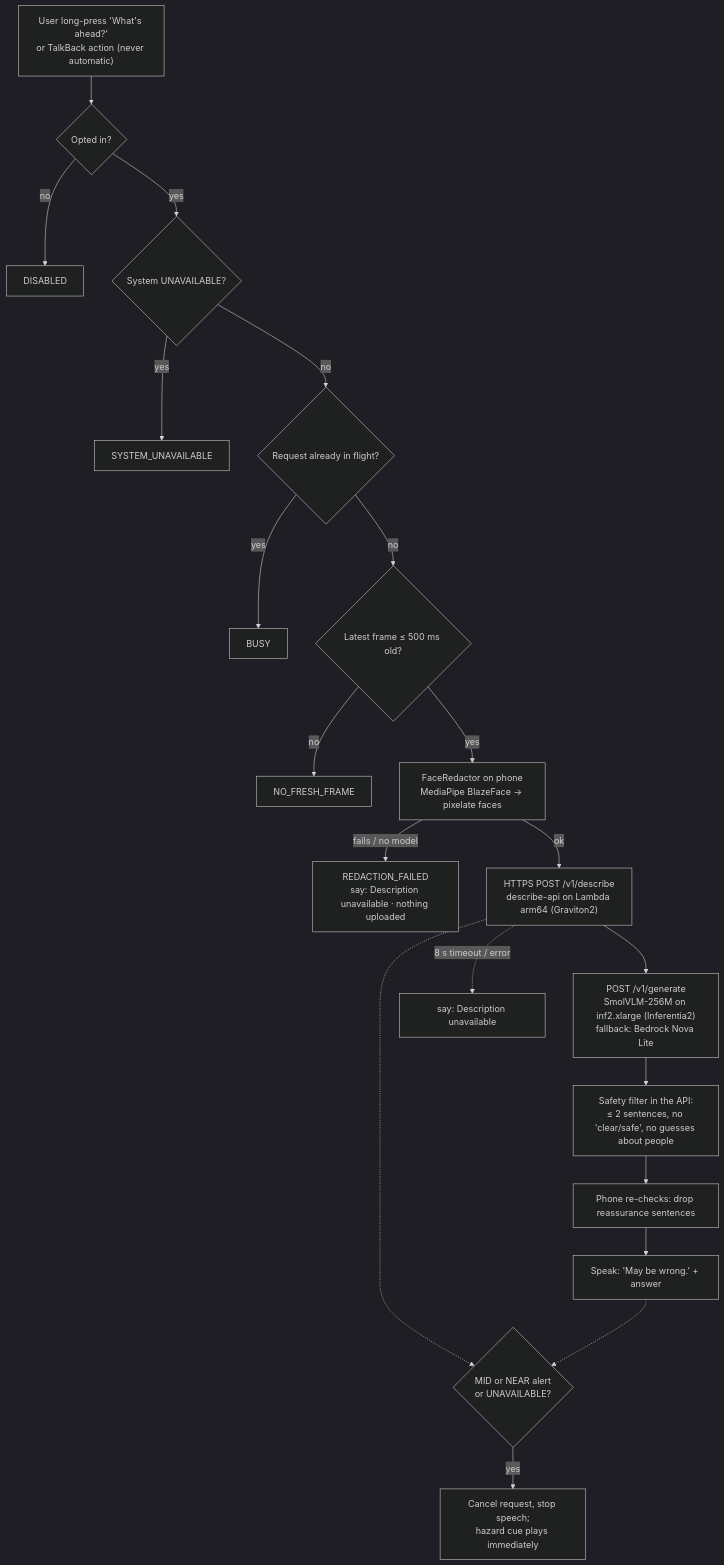
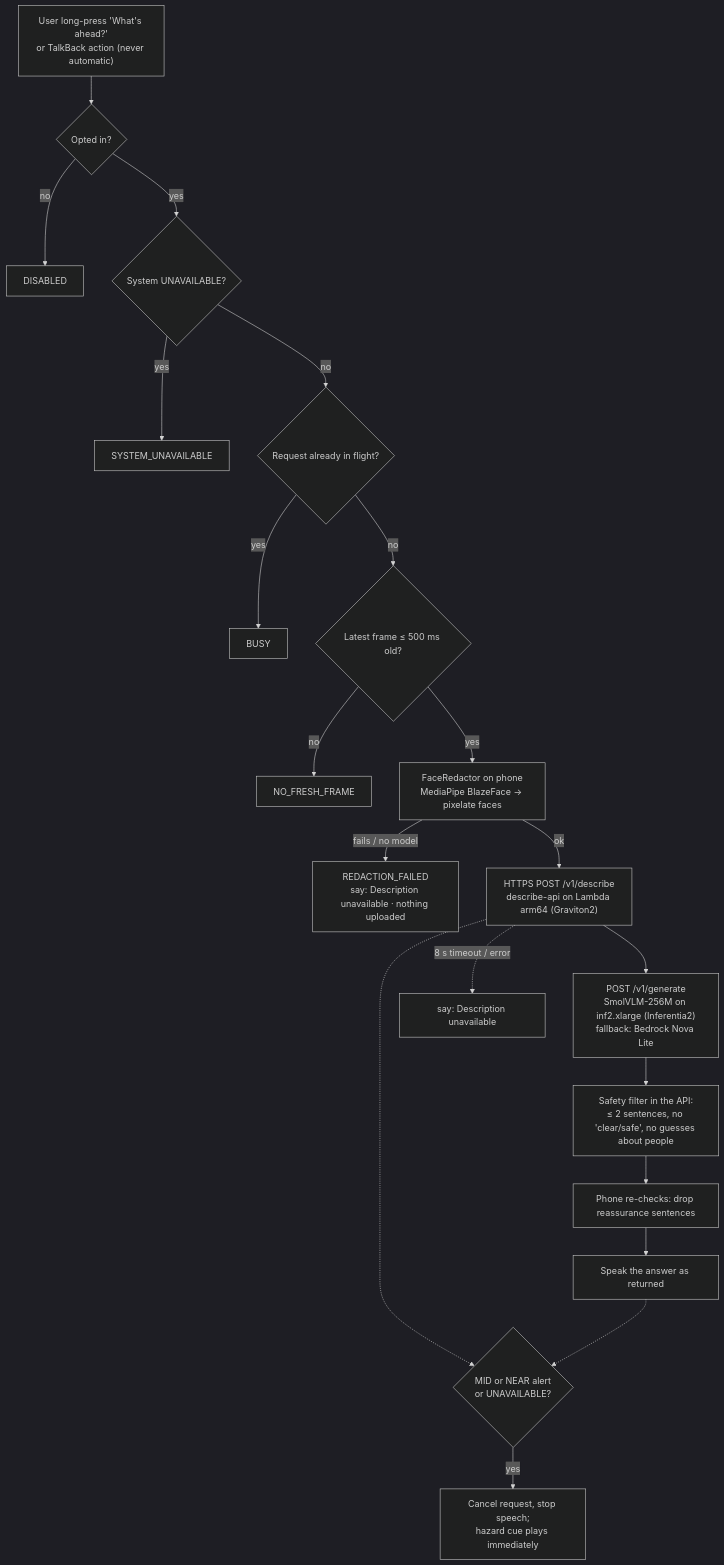
One commit to nunera/Determine changed the eighth of 9 diagrams in docs/flows/software.md. Above: the diagram before and after it, drawn with Mermaid (dark theme). The commit also changed 24 other files, not shown here.

First line of the commit message:
Speak Read text and Describe answers as returned, without the 'may be wrong' prefix

````diff
--- a/docs/flows/software.md
+++ b/docs/flows/software.md
@@ -210,22 +210,22 @@
 ```mermaid
 flowchart TD
   ASK["User long-press 'What's ahead?'<br/>or TalkBack action (never automatic)"] --> EN{"Opted in?"}
   EN -- no --> R1["DISABLED"]
   EN -- yes --> UN{"System UNAVAILABLE?"}
   UN -- yes --> R2["SYSTEM_UNAVAILABLE"]
   UN -- no --> BZ{"Request already in flight?"}
   BZ -- yes --> R3["BUSY"]
   BZ -- no --> FR{"Latest frame ≤ 500 ms old?"}
   FR -- no --> R4["NO_FRESH_FRAME"]
   FR -- yes --> RED["FaceRedactor on phone<br/>MediaPipe BlazeFace → pixelate faces"]
   RED -- "fails / no model" --> R5["REDACTION_FAILED<br/>say: Description unavailable · nothing uploaded"]
   RED -- ok --> UP["HTTPS POST /v1/describe<br/>describe-api on Lambda arm64 (Graviton2)"]
   UP --> INF["POST /v1/generate<br/>SmolVLM-256M on inf2.xlarge (Inferentia2)<br/>fallback: Bedrock Nova Lite"]
   INF --> FIL["Safety filter in the API:<br/>≤ 2 sentences, no 'clear/safe', no guesses about people"]
   FIL --> CHK["Phone re-checks: drop reassurance sentences"]
-  CHK --> SPEAK["Speak: 'May be wrong.' + answer"]
+  CHK --> SPEAK["Speak the answer as returned"]
   UP -. "8 s timeout / error" .-> FAIL["say: Description unavailable"]
   HZ{"MID or NEAR alert<br/>or UNAVAILABLE?"} -- yes --> INT["Cancel request, stop speech;<br/>hazard cue plays immediately"]
   UP -.-> HZ
   SPEAK -.-> HZ
 ```
````
